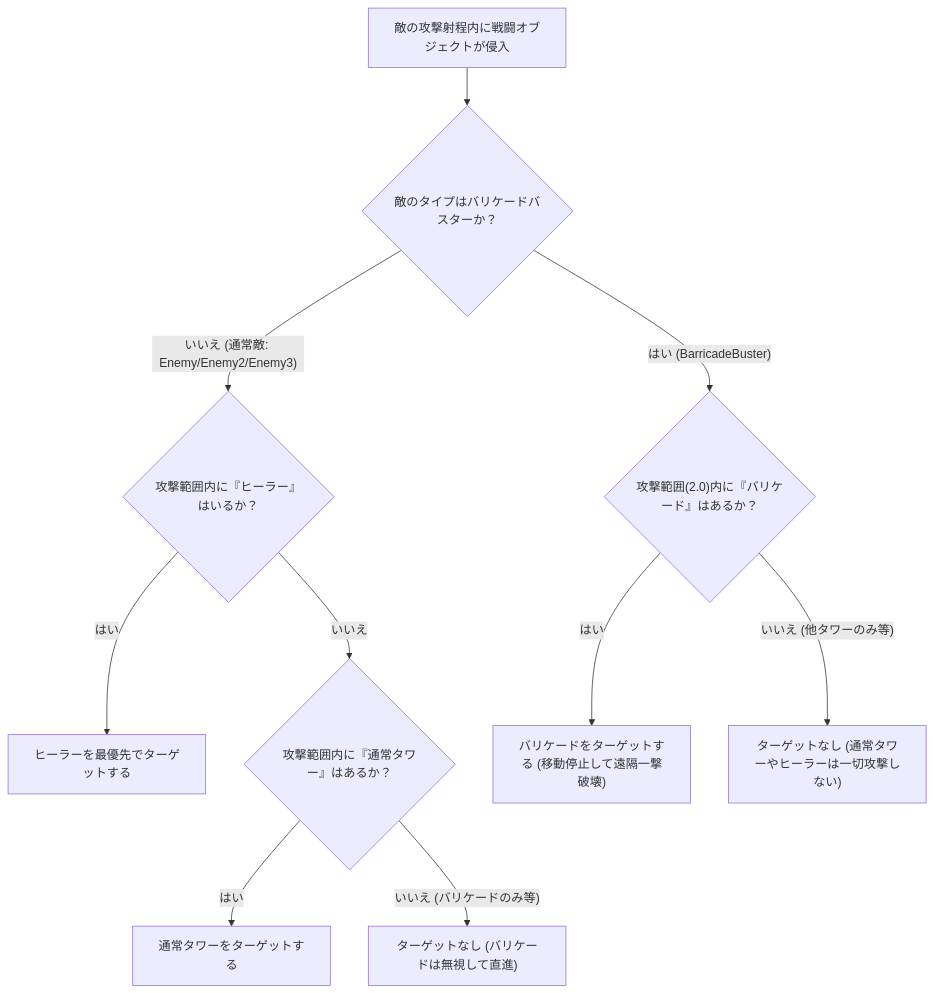
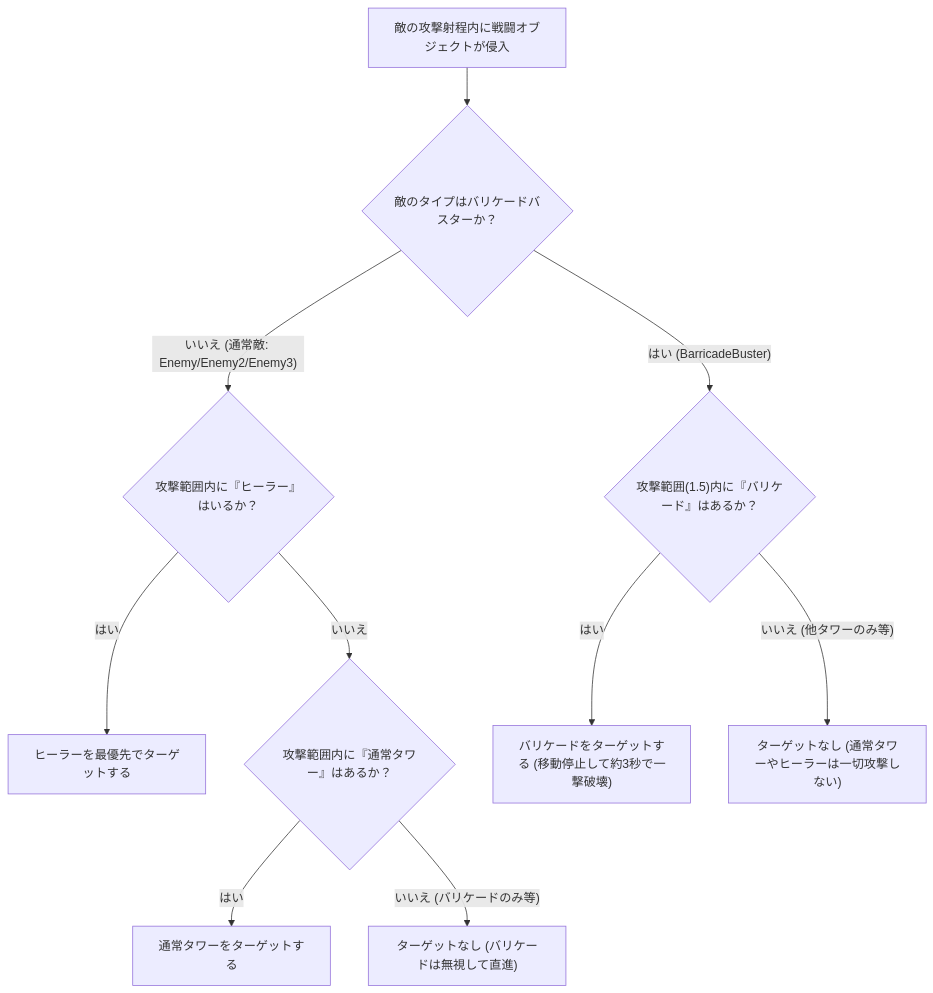
One commit to sunaiw/4th_PJ changed the fourth of 8 diagrams in ゲームバランス調整用仕様書.md. Above: the diagram before and after it, drawn with Mermaid. The commit also changed other lines of this file and 10 other files, not shown here.

````diff
--- a/ゲームバランス調整用仕様書.md
+++ b/ゲームバランス調整用仕様書.md
@@ -108,14 +259,14 @@
 ```mermaid
 flowchart TD
     A["敵の攻撃射程内に戦闘オブジェクトが侵入"] --> B{"敵のタイプはバリケードバスターか？"}
-    
+
     B -- "いいえ (通常敵: Enemy/Enemy2/Enemy3)" --> C{"攻撃範囲内に『ヒーラー』はいるか？"}
     C -- "はい" --> TargetHealer["ヒーラーを最優先でターゲットする"]
     C -- "いいえ" --> D{"攻撃範囲内に『通常タワー』はあるか？"}
     D -- "はい" --> TargetTower["通常タワーをターゲットする"]
     D -- "いいえ (バリケードのみ等)" --> IgnoreT["ターゲットなし (バリケードは無視して直進)"]
-    
-    B -- "はい (BarricadeBuster)" --> E{"攻撃範囲(2.0)内に『バリケード』はあるか？"}
-    E -- "はい" --> TargetBarricade["バリケードをターゲットする (移動停止して遠隔一撃破壊)"]
+
+    B -- "はい (BarricadeBuster)" --> E{"攻撃範囲(1.5)内に『バリケード』はあるか？"}
+    E -- "はい" --> TargetBarricade["バリケードをターゲットする (移動停止して約3秒で一撃破壊)"]
     E -- "いいえ (他タワーのみ等)" --> IgnoreB["ターゲットなし (通常タワーやヒーラーは一切攻撃しない)"]
 ```
````
